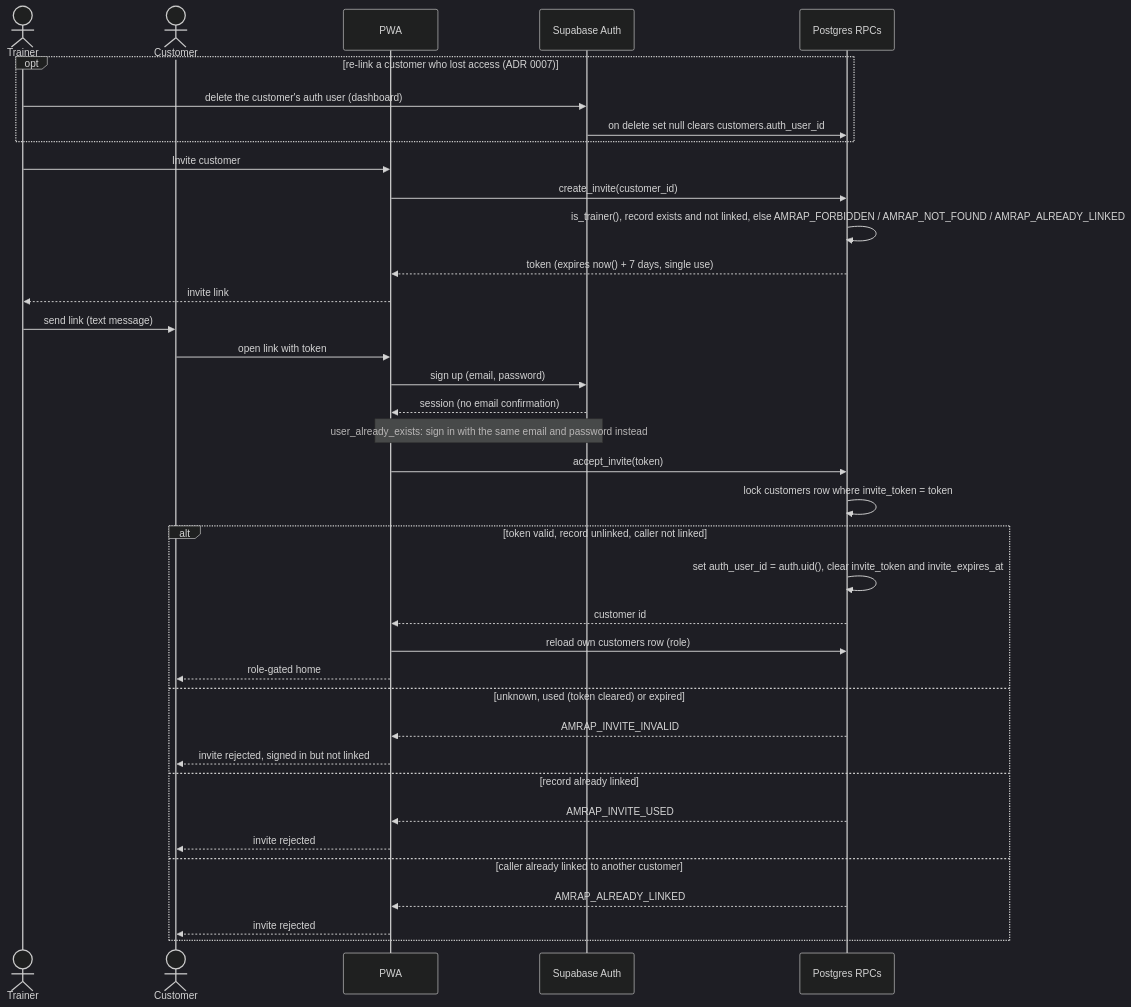
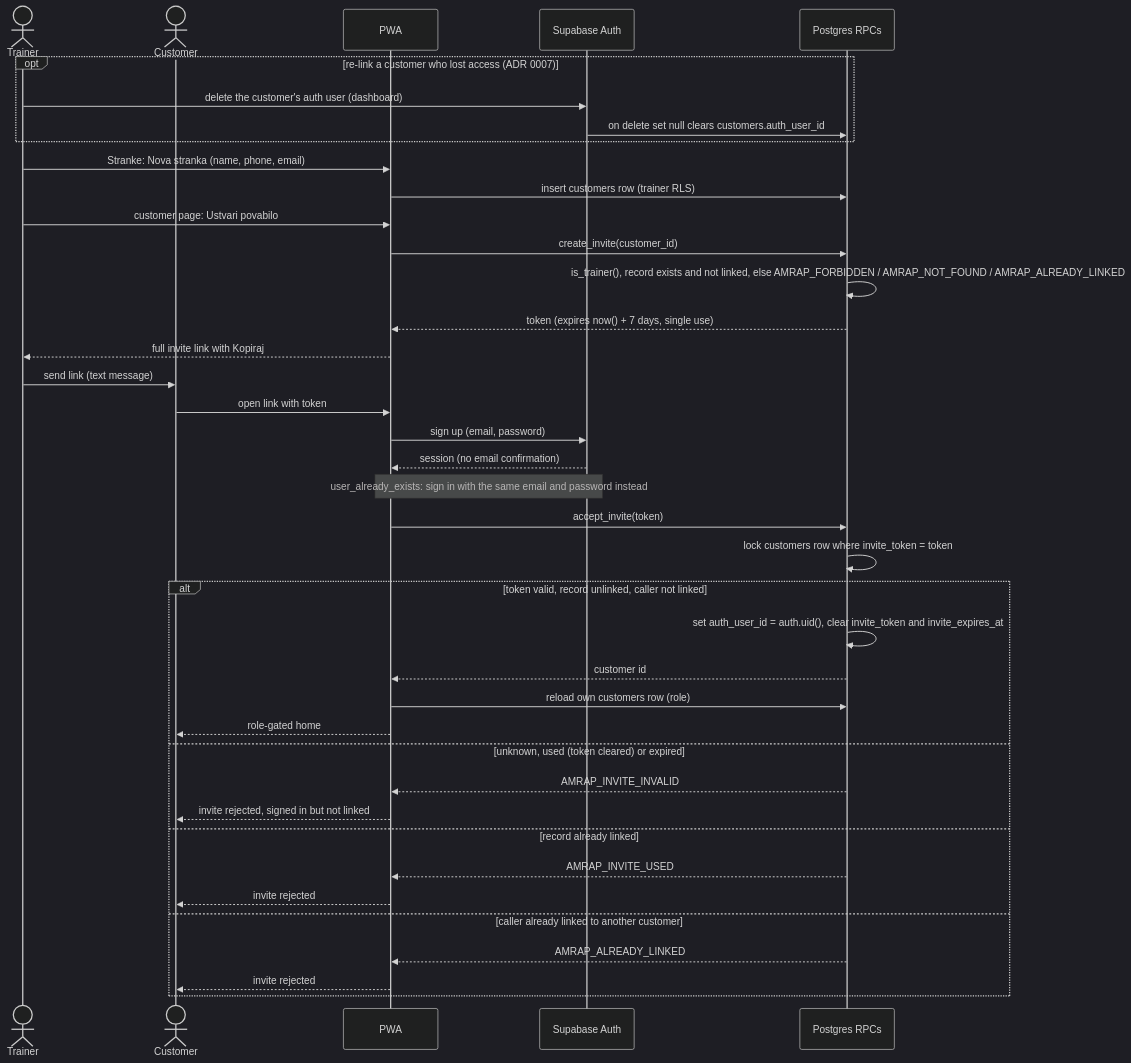
The diagram in docs/architecture/auth-invite-flow.md (JasaGlazar/amrap), drawn with Mermaid (dark theme) before and after one commit. The commit also changed other lines of this file and 8 other files, not shown here.

First line of the commit message:
docs: invites from the Customers screen; trainer manual-check fixes

````diff
--- a/docs/architecture/auth-invite-flow.md
+++ b/docs/architecture/auth-invite-flow.md
@@ -28,40 +28,42 @@
 ```mermaid
 sequenceDiagram
     actor T as Trainer
     actor C as Customer
     participant App as PWA
     participant Auth as Supabase Auth
     participant DB as Postgres RPCs
 
     opt re-link a customer who lost access (ADR 0007)
         T->>Auth: delete the customer's auth user (dashboard)
         Auth->>DB: on delete set null clears customers.auth_user_id
     end
-    T->>App: Invite customer
+    T->>App: Stranke: Nova stranka (name, phone, email)
+    App->>DB: insert customers row (trainer RLS)
+    T->>App: customer page: Ustvari povabilo
     App->>DB: create_invite(customer_id)
     DB->>DB: is_trainer(), record exists and not linked, else AMRAP_FORBIDDEN / AMRAP_NOT_FOUND / AMRAP_ALREADY_LINKED
     DB-->>App: token (expires now() + 7 days, single use)
-    App-->>T: invite link
+    App-->>T: full invite link with Kopiraj
     T->>C: send link (text message)
     C->>App: open link with token
     App->>Auth: sign up (email, password)
     Auth-->>App: session (no email confirmation)
     Note over App,Auth: user_already_exists: sign in with the same email and password instead
     App->>DB: accept_invite(token)
     DB->>DB: lock customers row where invite_token = token
     alt token valid, record unlinked, caller not linked
         DB->>DB: set auth_user_id = auth.uid(), clear invite_token and invite_expires_at
         DB-->>App: customer id
         App->>DB: reload own customers row (role)
         App-->>C: role-gated home
     else unknown, used (token cleared) or expired
         DB-->>App: AMRAP_INVITE_INVALID
         App-->>C: invite rejected, signed in but not linked
     else record already linked
         DB-->>App: AMRAP_INVITE_USED
         App-->>C: invite rejected
     else caller already linked to another customer
         DB-->>App: AMRAP_ALREADY_LINKED
         App-->>C: invite rejected
     end
 ```
````
